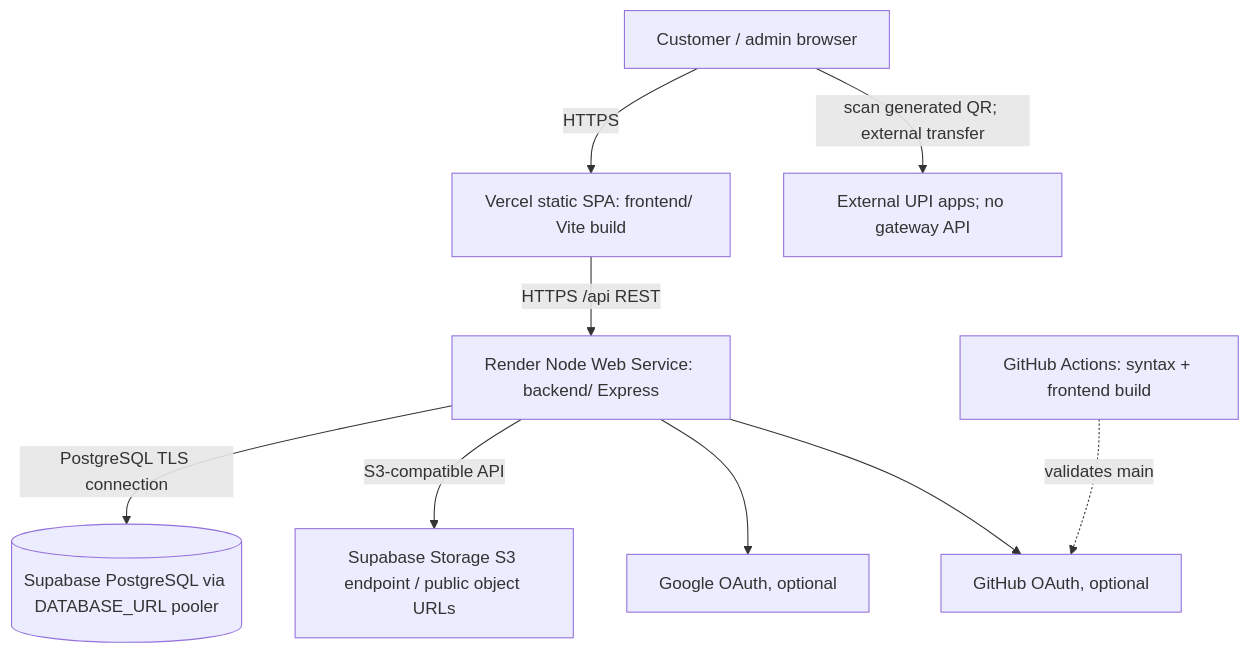
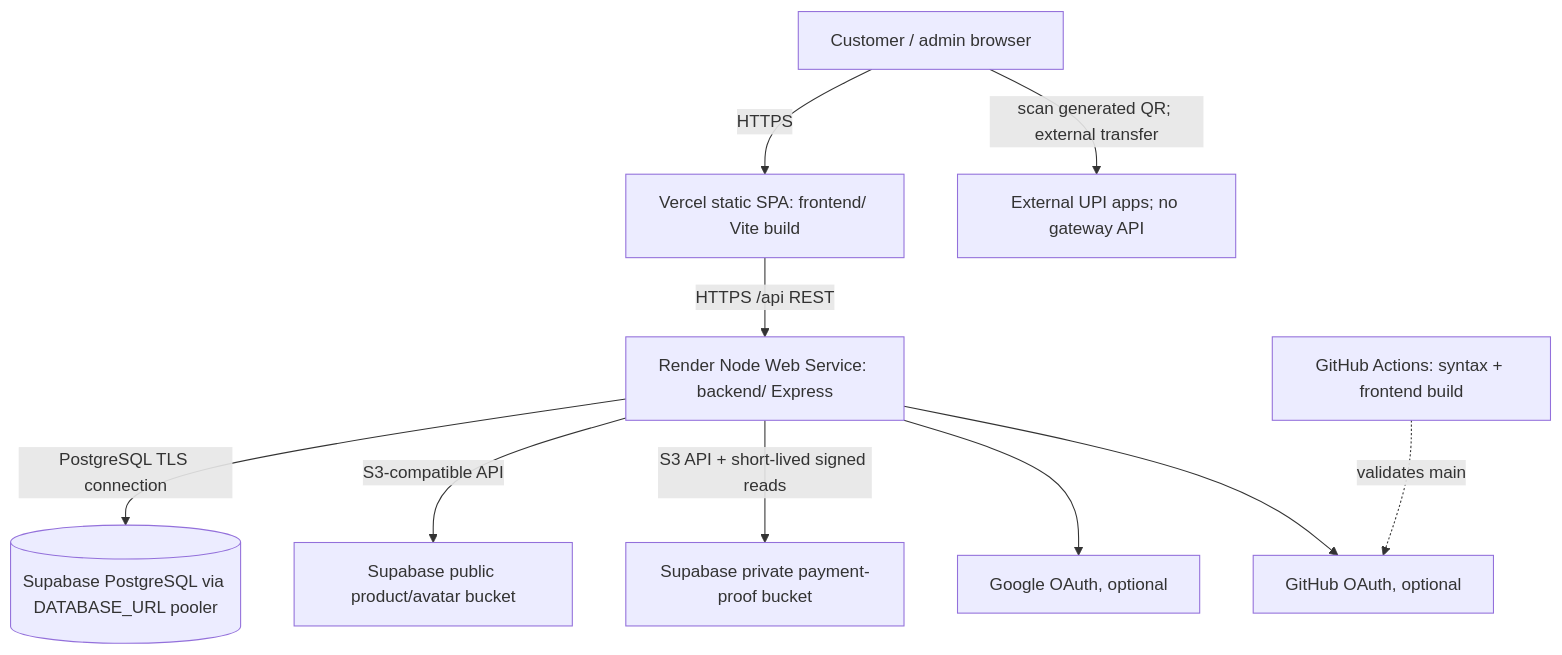
The first of 2 diagrams in docs/DEPLOYMENT.md (Chinthasaiganesh/Vaishnavi-Silk-Emporium), drawn with Mermaid before and after one commit. The commit also changed other lines of this file and 56 other files, not shown here.

````diff
--- a/docs/DEPLOYMENT.md
+++ b/docs/DEPLOYMENT.md
@@ -5,19 +5,21 @@
 ```mermaid
 flowchart TB
   User[Customer / admin browser]
   Vercel[Vercel static SPA: frontend/ Vite build]
   Render[Render Node Web Service: backend/ Express]
   Supabase[(Supabase PostgreSQL via DATABASE_URL pooler)]
-  Storage[Supabase Storage S3 endpoint / public object URLs]
+  ProductStorage[Supabase public product/avatar bucket]
+  ProofStorage[Supabase private payment-proof bucket]
   Google[Google OAuth, optional]
   GitHub[GitHub OAuth, optional]
   UPI[External UPI apps; no gateway API]
   User -->|HTTPS| Vercel
   Vercel -->|HTTPS /api REST| Render
   Render -->|PostgreSQL TLS connection| Supabase
-  Render -->|S3-compatible API| Storage
+  Render -->|S3-compatible API| ProductStorage
+  Render -->|S3 API + short-lived signed reads| ProofStorage
   Render --> Google
   Render --> GitHub
   User -->|scan generated QR; external transfer| UPI
   CI[GitHub Actions: syntax + frontend build] -. validates main .-> GitHub
 ```
````
